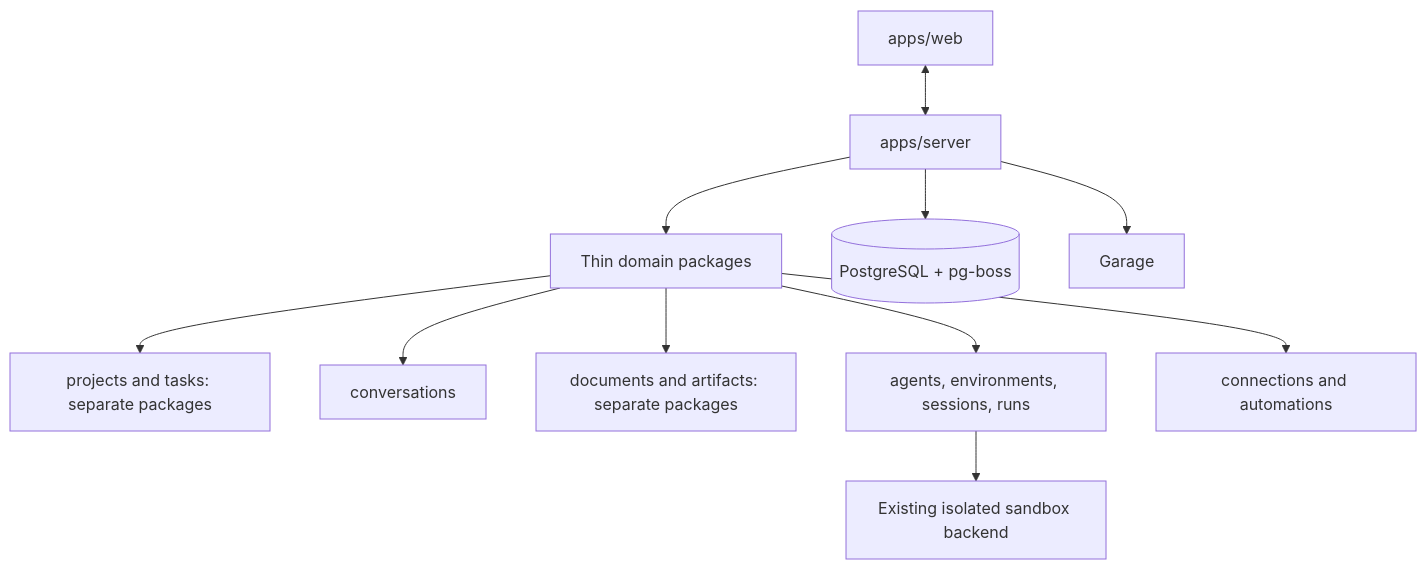
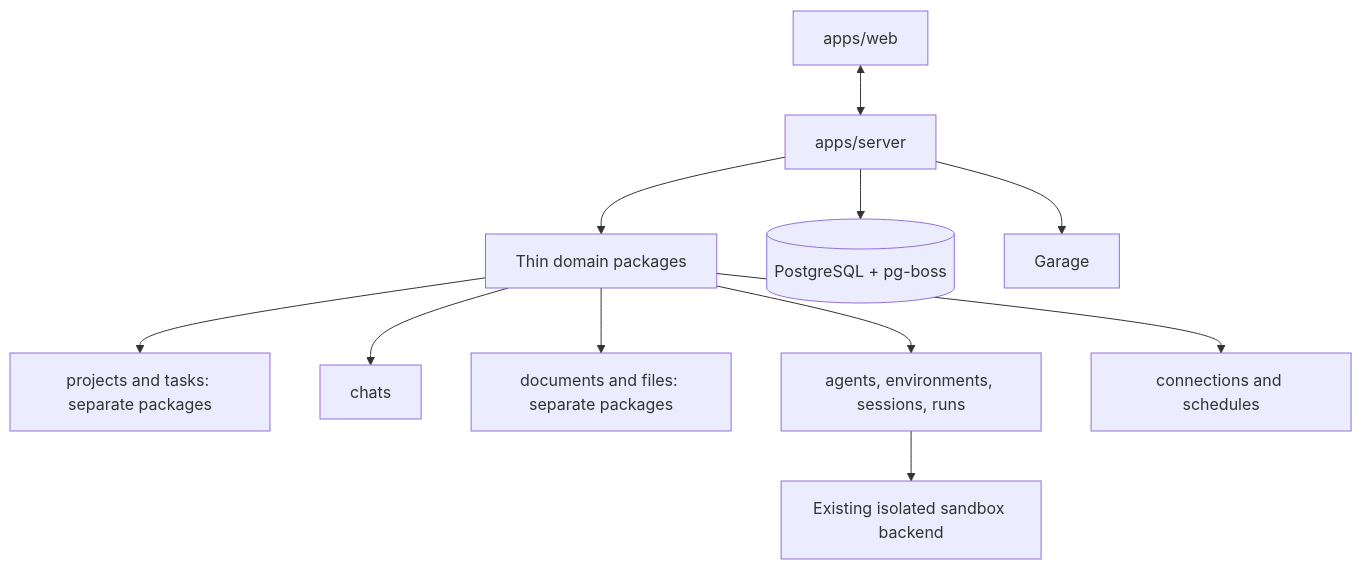
One commit to hellogafaro/otto changed the tenth of 10 diagrams in docs/otto/plan.md. Above: the diagram before and after it, drawn with Mermaid. The commit also changed other lines of this file and 174 other files, not shown here.

````diff
--- a/docs/otto/plan.md
+++ b/docs/otto/plan.md
@@ -283,13 +285,13 @@
 ```mermaid
 flowchart TB
   W[apps/web] <--> S[apps/server]
   S --> D[Thin domain packages]
   D --> P[projects and tasks: separate packages]
-  D --> C[conversations]
-  D --> N[documents and artifacts: separate packages]
+  D --> C[chats]
+  D --> N[documents and files: separate packages]
   D --> A[agents, environments, sessions, runs]
-  D --> Q[connections and automations]
+  D --> Q[connections and schedules]
   S --> DB[(PostgreSQL + pg-boss)]
   S --> F[Garage]
   A --> E[Existing isolated sandbox backend]
 ```
````
